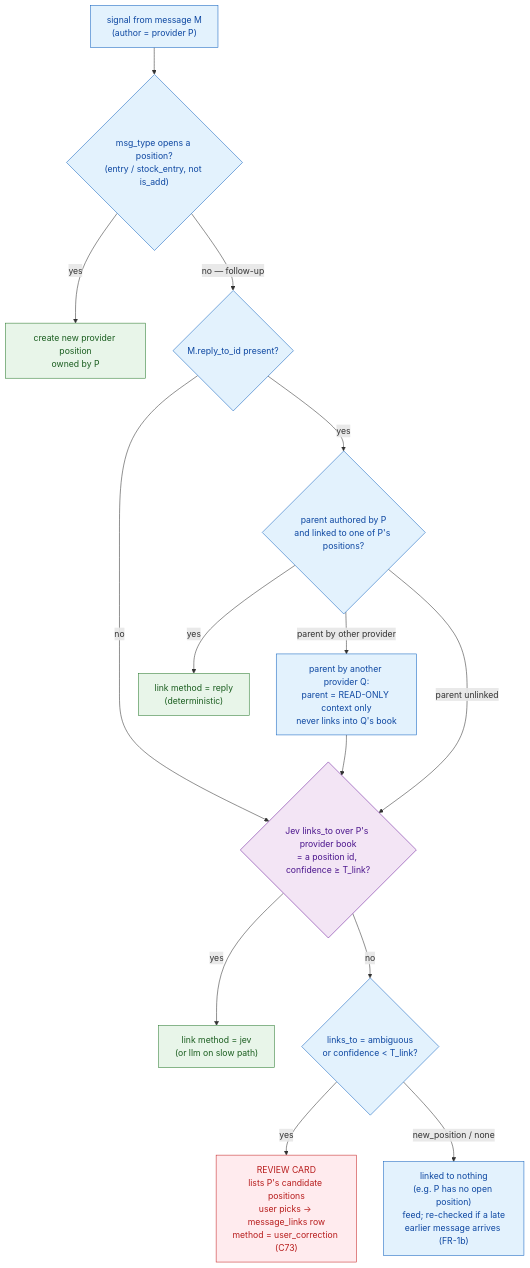
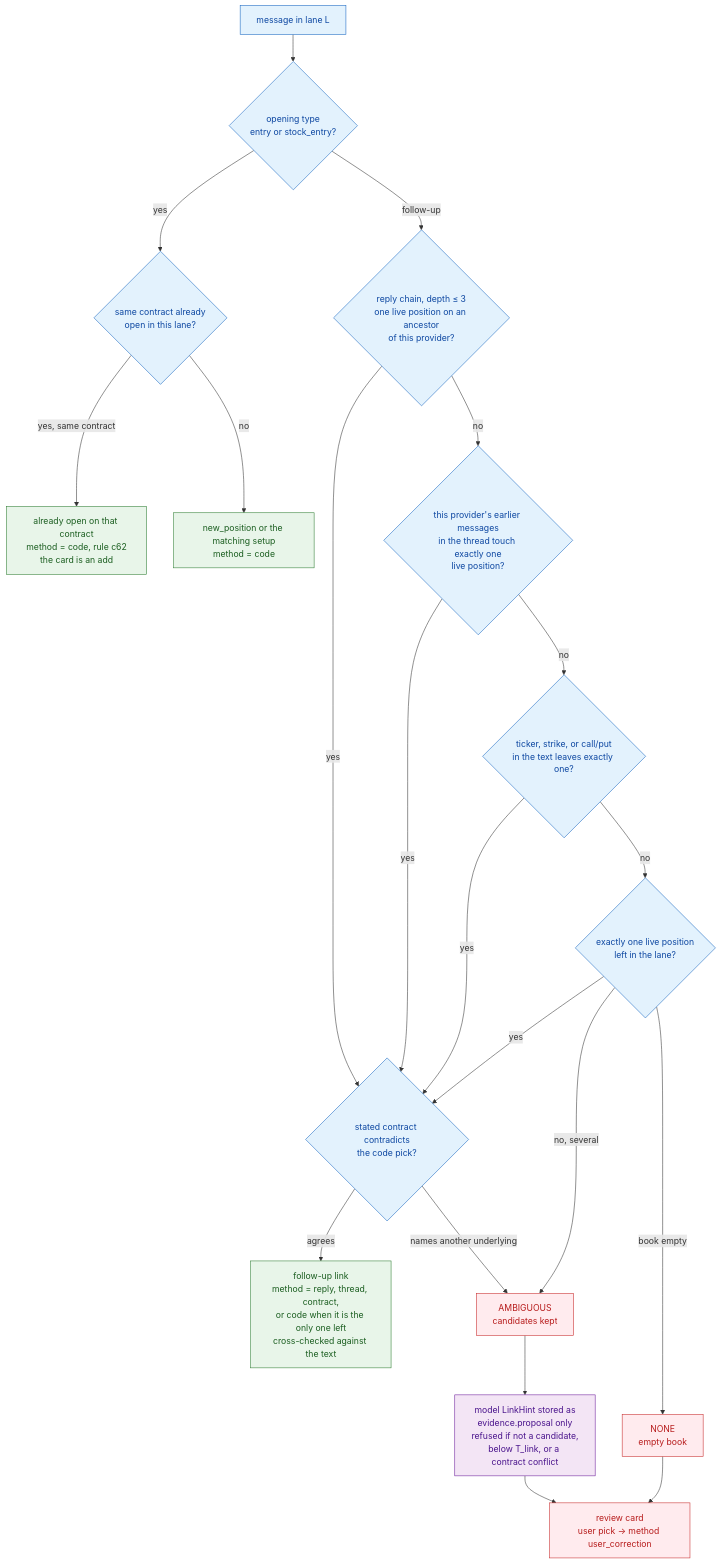
One commit to idolrun/trading-agent changed the third of 3 diagrams in docs/diagrams/04-context-correlation.md. Above: the diagram before and after it, drawn with Mermaid. The commit also changed other lines of this file and 131 other files, not shown here.

First line of the commit message:
docs: update architecture and data flow diagrams for clarity and consistency

````diff
--- a/docs/diagrams/04-context-correlation.md
+++ b/docs/diagrams/04-context-correlation.md
@@ -103,33 +102,40 @@
 ```mermaid
 flowchart TB
     classDef code fill:#e3f2fd,stroke:#1565c0,color:#0d47a1
     classDef model fill:#f3e5f5,stroke:#6a1b9a,color:#4a148c
     classDef fail fill:#ffebee,stroke:#c62828,color:#b71c1c
     classDef ok fill:#e8f5e9,stroke:#2e7d32,color:#1b5e20
 
-    S["signal from message M<br/>(author = provider P)"]:::code
-    Q0{"msg_type opens a position?<br/>(entry / stock_entry, not is_add)"}:::code
-    NEW["create new provider position<br/>owned by P"]:::ok
-    Q1{"M.reply_to_id present?"}:::code
-    Q2{"parent authored by P<br/>and linked to one of P's positions?"}:::code
-    Q2B["parent by another provider Q:<br/>parent = READ-ONLY context only<br/>never links into Q's book"]:::code
-    L1["link method = reply<br/>(deterministic)"]:::ok
-    Q3{"Jev links_to over P's provider book<br/>= a position id, confidence ≥ T_link?"}:::model
-    L2["link method = jev<br/>(or llm on slow path)"]:::ok
-    Q4{"links_to = ambiguous<br/>or confidence < T_link?"}:::code
-    RV["REVIEW CARD<br/>lists P's candidate positions<br/>user picks → message_links row<br/>method = user_correction (C73)"]:::fail
-    NONE["linked to nothing<br/>(e.g. P has no open position)<br/>feed; re-checked if a late<br/>earlier message arrives (FR-1b)"]:::code
+    S["message in lane L"]:::code
+    Q0{"opening type<br/>entry or stock_entry?"}:::code
+    BOOK{"same contract already<br/>open in this lane?"}:::code
+    NEW["new_position or the matching setup<br/>method = code"]:::ok
+    SAME["already open on that contract<br/>method = code, rule c62<br/>the card is an add"]:::ok
+    R1{"reply chain, depth ≤ 3<br/>one live position on an ancestor<br/>of this provider?"}:::code
+    R2{"this provider's earlier messages<br/>in the thread touch exactly one<br/>live position?"}:::code
+    R3{"ticker, strike, or call/put<br/>in the text leaves exactly one?"}:::code
+    R4{"exactly one live position<br/>left in the lane?"}:::code
+    LINK["follow-up link<br/>method = reply, thread, contract,<br/>or code when it is the only one left<br/>cross-checked against the text"]:::ok
+    AMB["AMBIGUOUS<br/>candidates kept"]:::fail
+    NONE["NONE<br/>empty book"]:::fail
+    HINT["model LinkHint stored as<br/>evidence.proposal only<br/>refused if not a candidate,<br/>below T_link, or a contract conflict"]:::model
+    REV["review card<br/>user pick → method user_correction"]:::fail
+    X{"stated contract contradicts<br/>the code pick?"}:::code
 
     S --> Q0
-    Q0 -->|"yes"| NEW
-    Q0 -->|"no — follow-up"| Q1
-    Q1 -->|"yes"| Q2
-    Q1 -->|"no"| Q3
-    Q2 -->|"yes"| L1
-    Q2 -->|"parent by other provider"| Q2B --> Q3
-    Q2 -->|"parent unlinked"| Q3
-    Q3 -->|"yes"| L2
-    Q3 -->|"no"| Q4
-    Q4 -->|"yes"| RV
-    Q4 -->|"new_position / none"| NONE
+    Q0 -->|"yes"| BOOK
+    BOOK -->|"yes, same contract"| SAME
+    BOOK -->|"no"| NEW
+    Q0 -->|"follow-up"| R1
+    R1 -->|"yes"| X
+    R1 -->|"no"| R2
+    R2 -->|"yes"| X
+    R2 -->|"no"| R3
+    R3 -->|"yes"| X
+    R3 -->|"no"| R4
+    R4 -->|"yes"| X
+    R4 -->|"no, several"| AMB --> HINT --> REV
+    R4 -->|"book empty"| NONE --> REV
+    X -->|"agrees"| LINK
+    X -->|"names another underlying"| AMB
 ```
````
